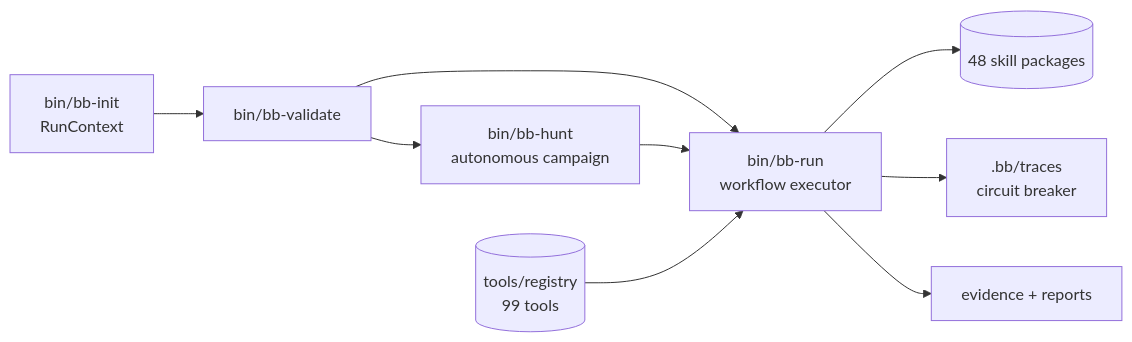
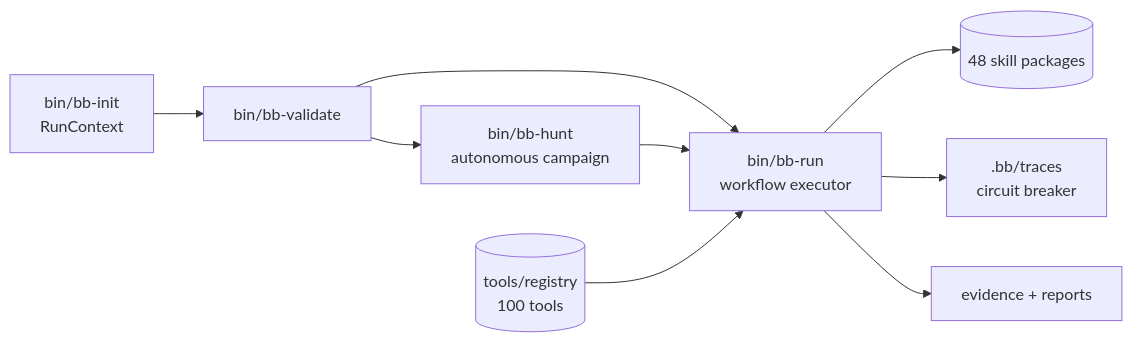
One commit to ANKIT48274/BountyHarness changed the diagram in README.md. Above: the diagram before and after it, drawn with Mermaid. The commit also changed other lines of this file and 5 other files, not shown here.

````diff
--- a/README.md
+++ b/README.md
@@ -45,11 +45,11 @@
 ```mermaid
 flowchart LR
     A[bin/bb-init<br/>RunContext] --> B[bin/bb-validate]
     B --> C[bin/bb-run<br/>workflow executor]
     C --> D[(48 skill packages)]
     B --> E[bin/bb-hunt<br/>autonomous campaign]
     E --> C
     C --> F[.bb/traces<br/>circuit breaker]
     C --> G[evidence + reports]
-    H[(tools/registry<br/>99 tools)] --> C
+    H[(tools/registry<br/>100 tools)] --> C
 ```
````
